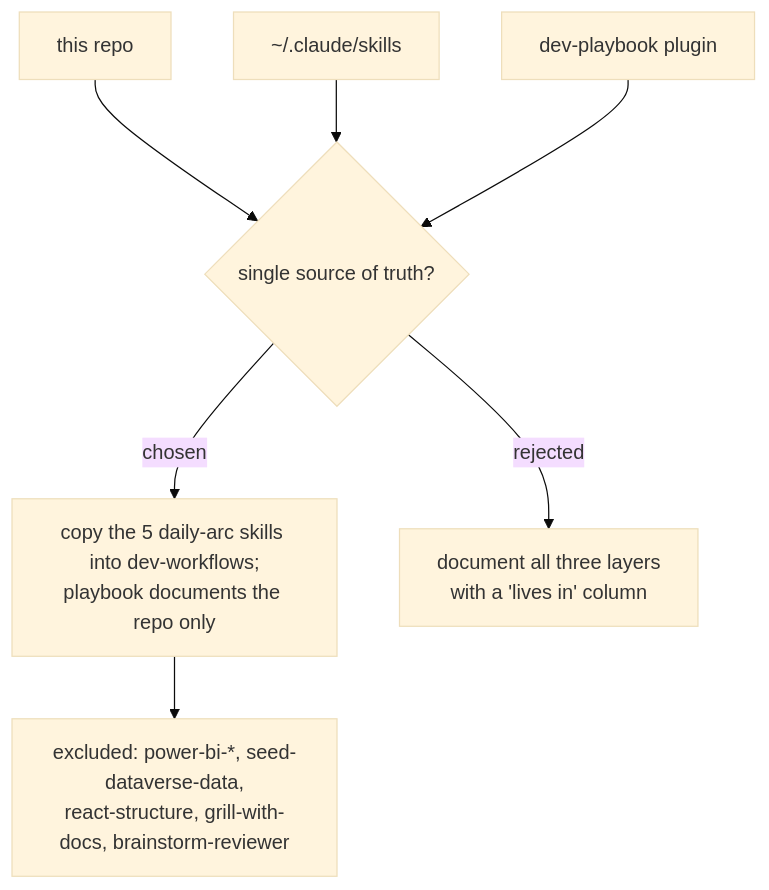
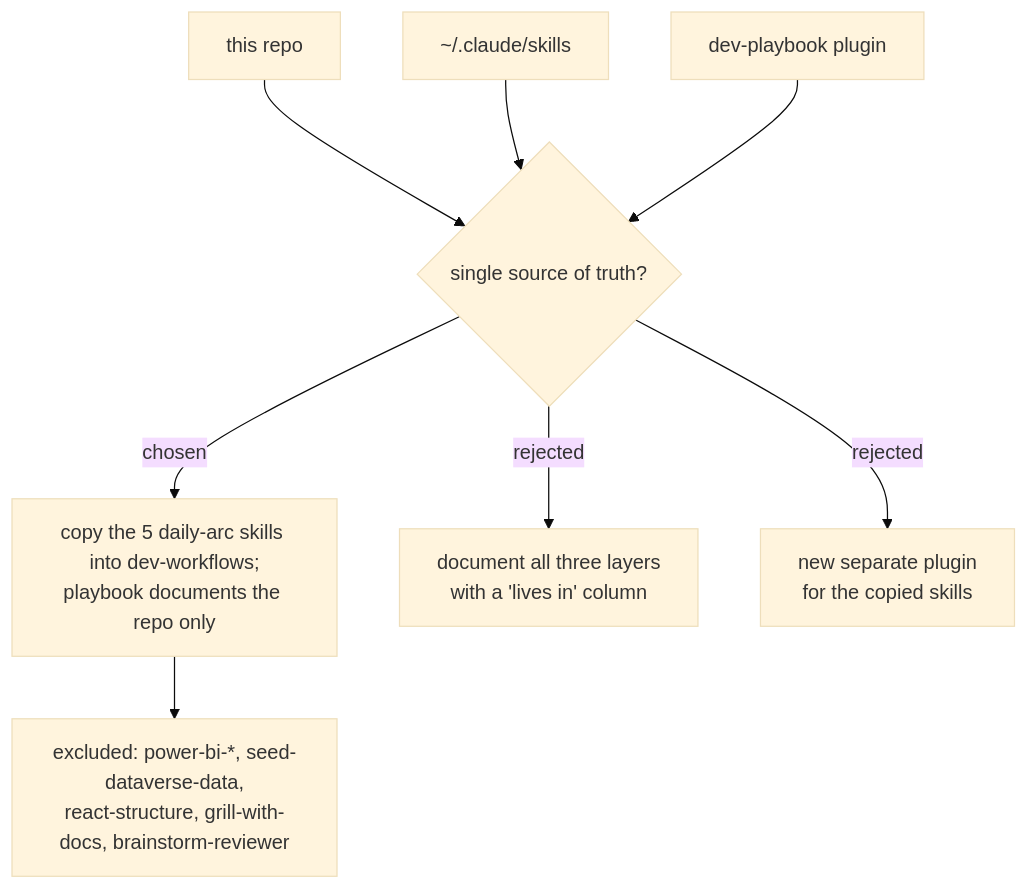
The diagram in docs/adr/0002-repo-as-single-source-of-skills.md (ThodsaphonSonthiphin/workflow-daily-work), drawn with Mermaid (base theme) before and after one commit. The commit also changed 5 other files, not shown here.

````diff
--- a/docs/adr/0002-repo-as-single-source-of-skills.md
+++ b/docs/adr/0002-repo-as-single-source-of-skills.md
@@ -6,7 +6,8 @@
 ```mermaid
 flowchart TD
     L1["this repo"] & L2["~/.claude/skills"] & L3["dev-playbook plugin"] --> Q{single source of truth?}
     Q -->|chosen| REPO["copy the 5 daily-arc skills into dev-workflows;<br/>playbook documents the repo only"]
     Q -->|rejected| MAP["document all three layers<br/>with a 'lives in' column"]
+    Q -->|rejected| SPLIT["new separate plugin<br/>for the copied skills"]
     REPO --> EXCL["excluded: power-bi-*, seed-dataverse-data,<br/>react-structure, grill-with-docs, brainstorm-reviewer"]
 ```
````
